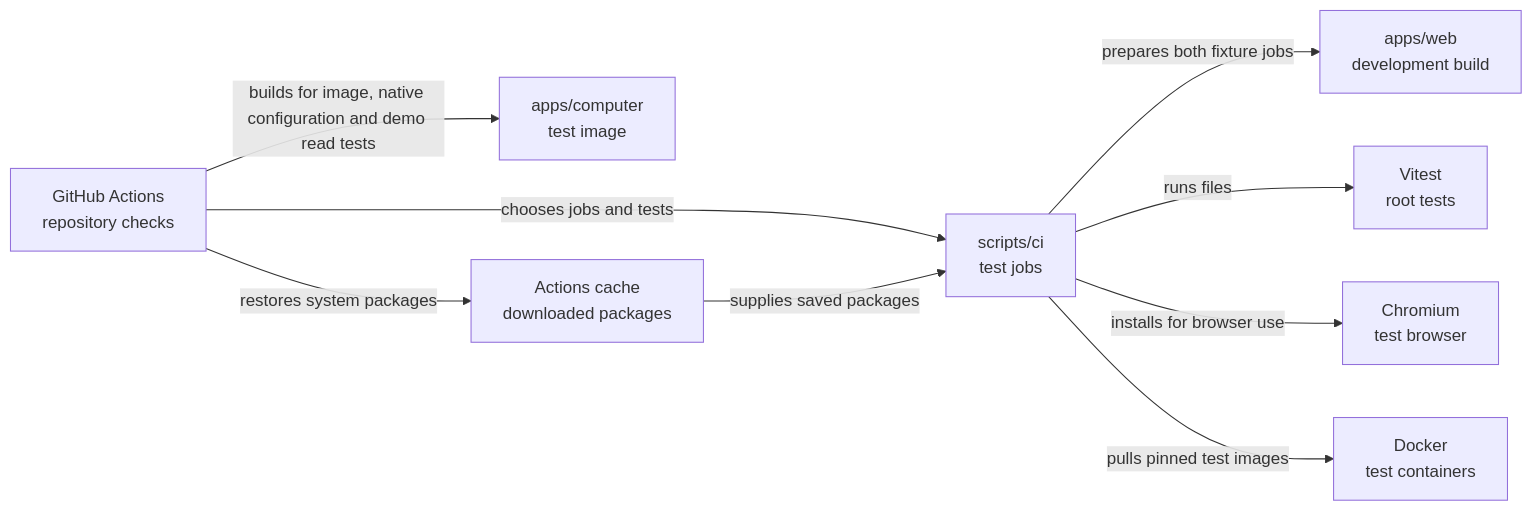
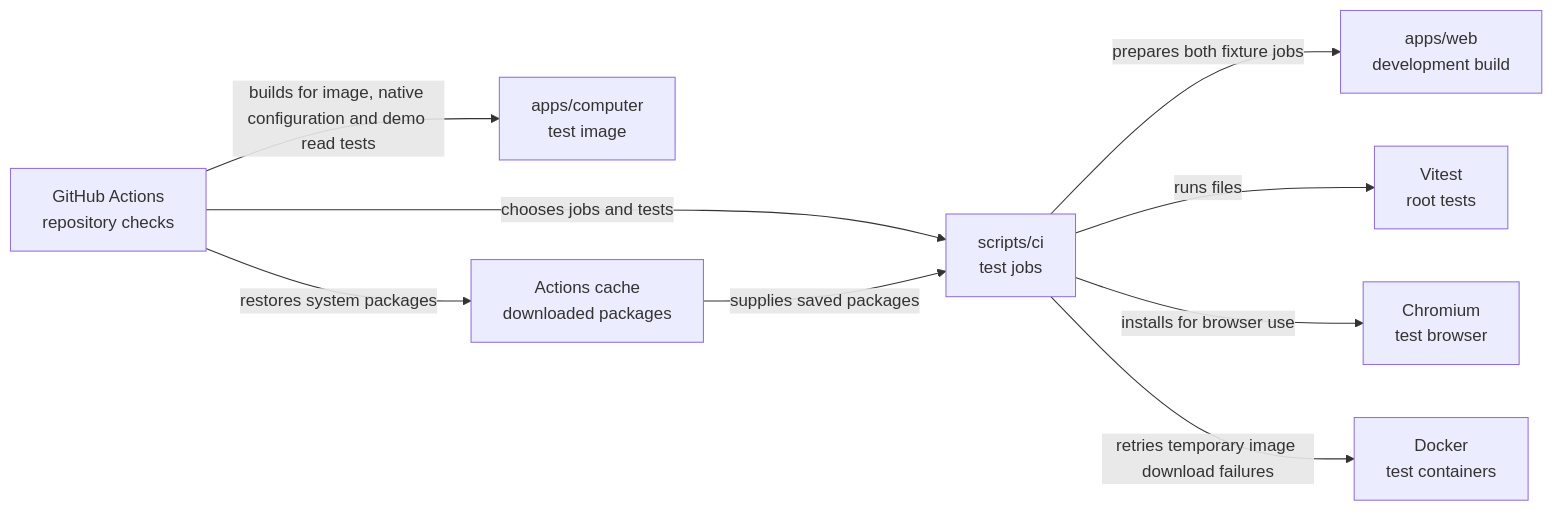
One commit to elewa-git/opencrane-new changed the diagram in scripts/ci/README.md. Above: the diagram before and after it, drawn with Mermaid. The commit also changed other lines of this file and 4 other files, not shown here.

First line of the commit message:
🧰 CI waits out registry quota limits when pulling test images instead of failing the build (#801)

````diff
--- a/scripts/ci/README.md
+++ b/scripts/ci/README.md
@@ -13,11 +13,11 @@
 ```mermaid
 flowchart LR
   actions["GitHub Actions<br/>repository checks"] -->|chooses jobs and tests| ci["scripts/ci<br/>test jobs"]
   ci -->|prepares both fixture jobs| web["apps/web<br/>development build"]
   ci -->|runs files| vitest["Vitest<br/>root tests"]
   actions -->|builds for image, native configuration and demo read tests| computer["apps/computer<br/>test image"]
   ci -->|installs for browser use| chromium["Chromium<br/>test browser"]
-  ci -->|pulls pinned test images| docker["Docker<br/>test containers"]
+  ci -->|retries temporary image download failures| docker["Docker<br/>test containers"]
   actions -->|restores system packages| cache["Actions cache<br/>downloaded packages"]
   cache -->|supplies saved packages| ci
 ```
````
